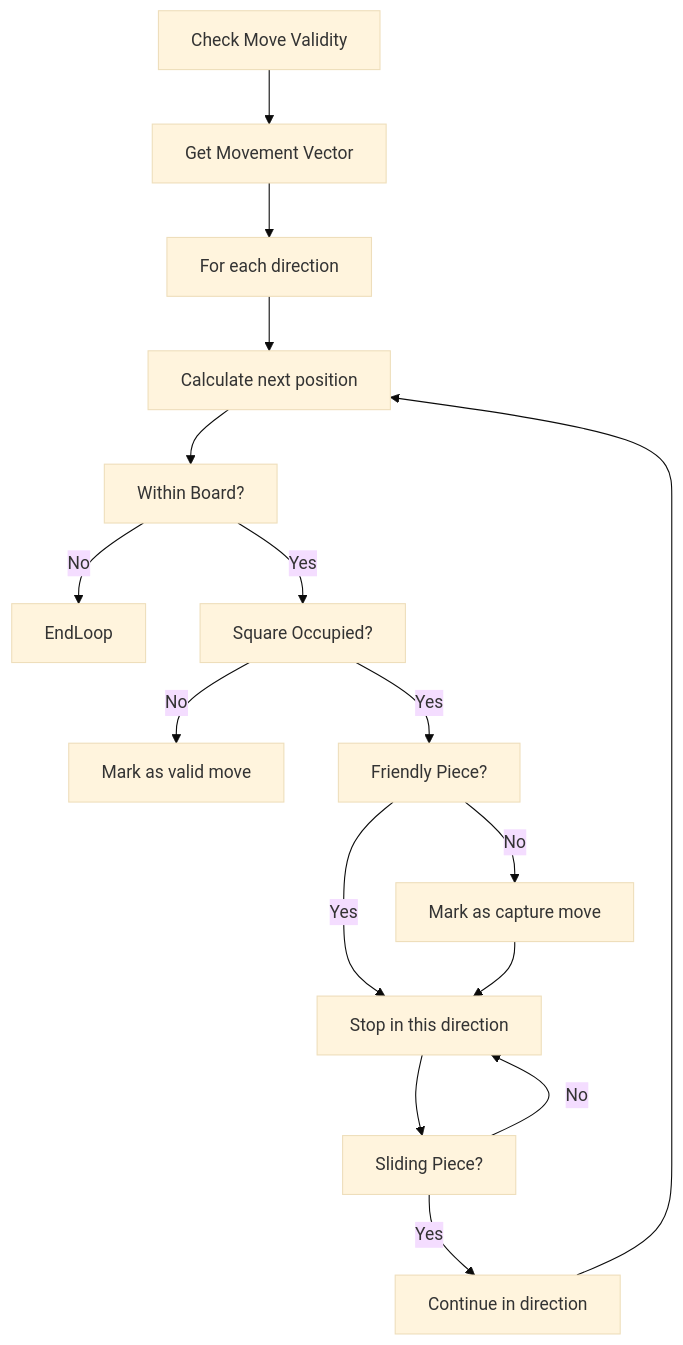
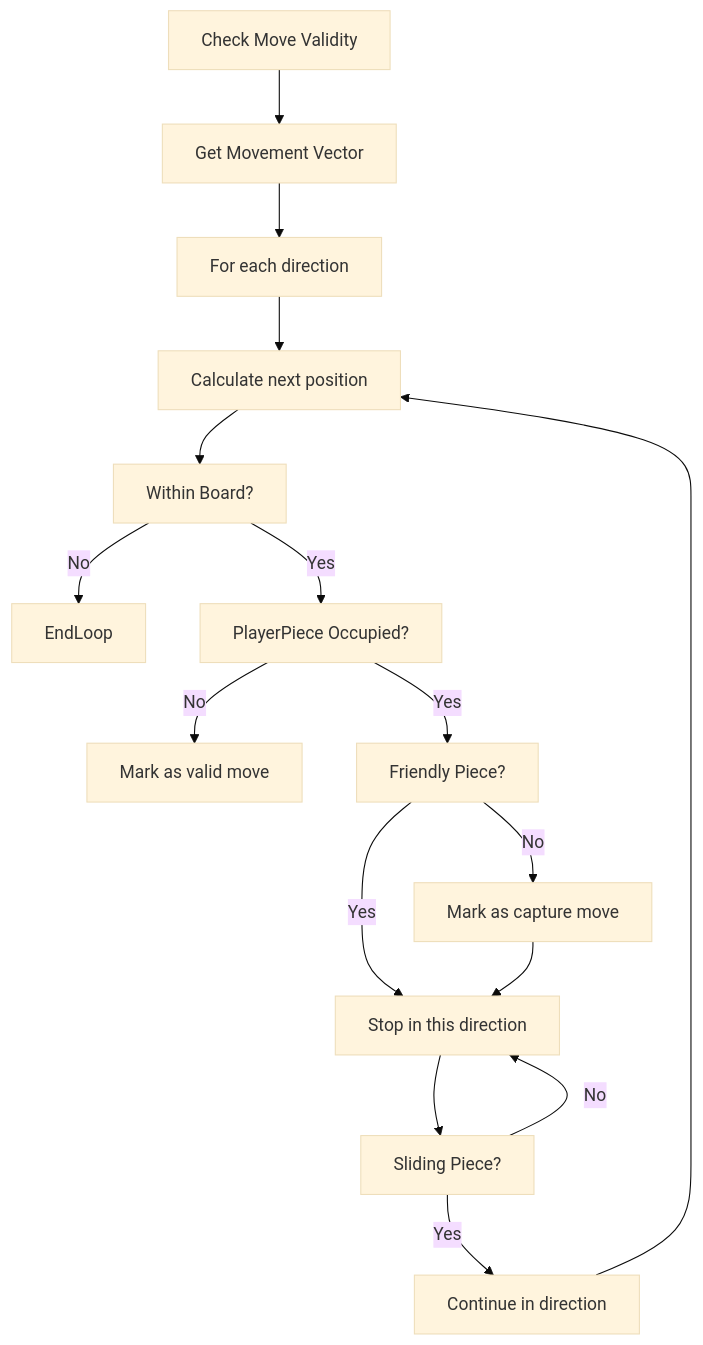
One commit to hashiryo/SvelteShogi changed the third of 4 diagrams in .qoder/repowiki/ja/content/Core Concepts/Shogi Rules Implementation.md. Above: the diagram before and after it, drawn with Mermaid (base theme). The commit also changed other lines of this file and 23 other files, not shown here.

````diff
--- a/.qoder/repowiki/ja/content/Core Concepts/Shogi Rules Implementation.md
+++ b/.qoder/repowiki/ja/content/Core Concepts/Shogi Rules Implementation.md
@@ -256,18 +256,18 @@
 ```mermaid
 flowchart TD
 Start["Check Move Validity"] --> GetVector["Get Movement Vector"]
 GetVector --> Loop["For each direction"]
 Loop --> Calculate["Calculate next position"]
 Calculate --> Boundary["Within Board?"]
 Boundary --> |No| EndLoop
-Boundary --> |Yes| Occupied["Square Occupied?"]
+Boundary --> |Yes| Occupied["PlayerPiece Occupied?"]
 Occupied --> |No| Valid["Mark as valid move"]
 Occupied --> |Yes| Friendly["Friendly Piece?"]
 Friendly --> |Yes| EndDirection["Stop in this direction"]
 Friendly --> |No| Capture["Mark as capture move"]
 Capture --> EndDirection
 EndDirection --> Slide["Sliding Piece?"]
 Slide --> |No| EndDirection
 Slide --> |Yes| Continue["Continue in direction"]
 Continue --> Calculate
 ```
````
